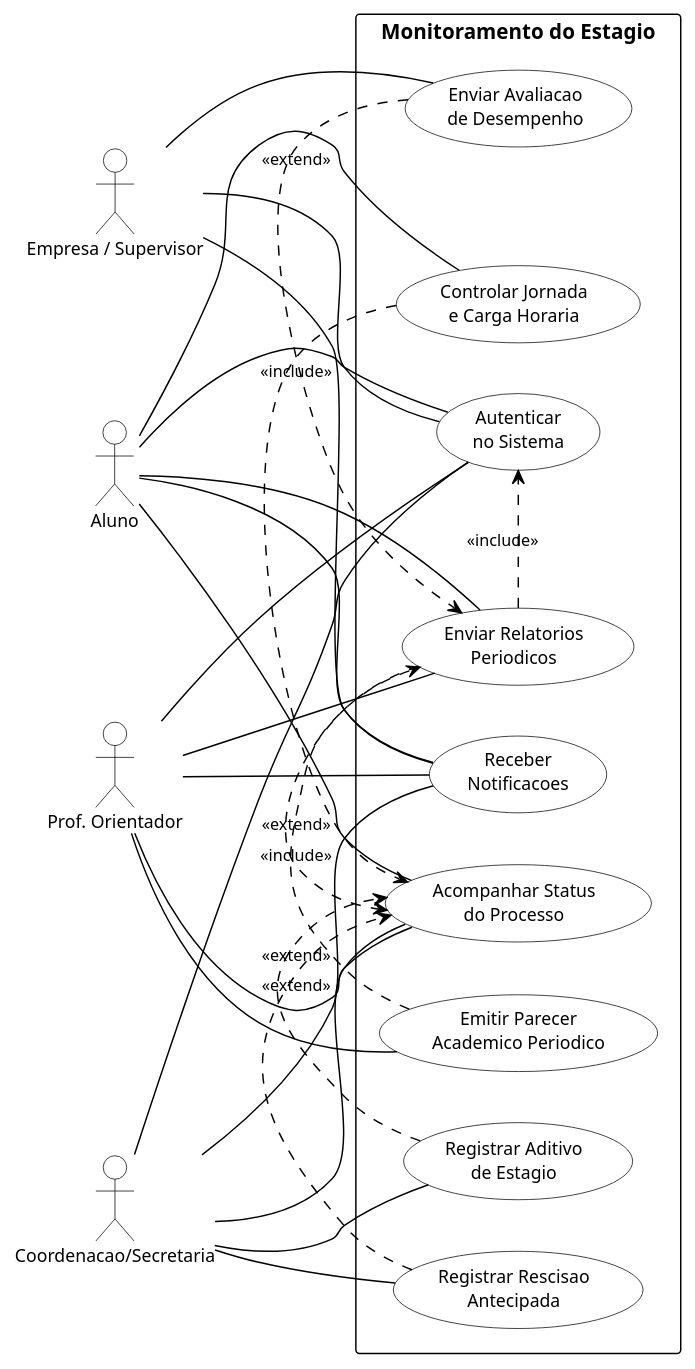
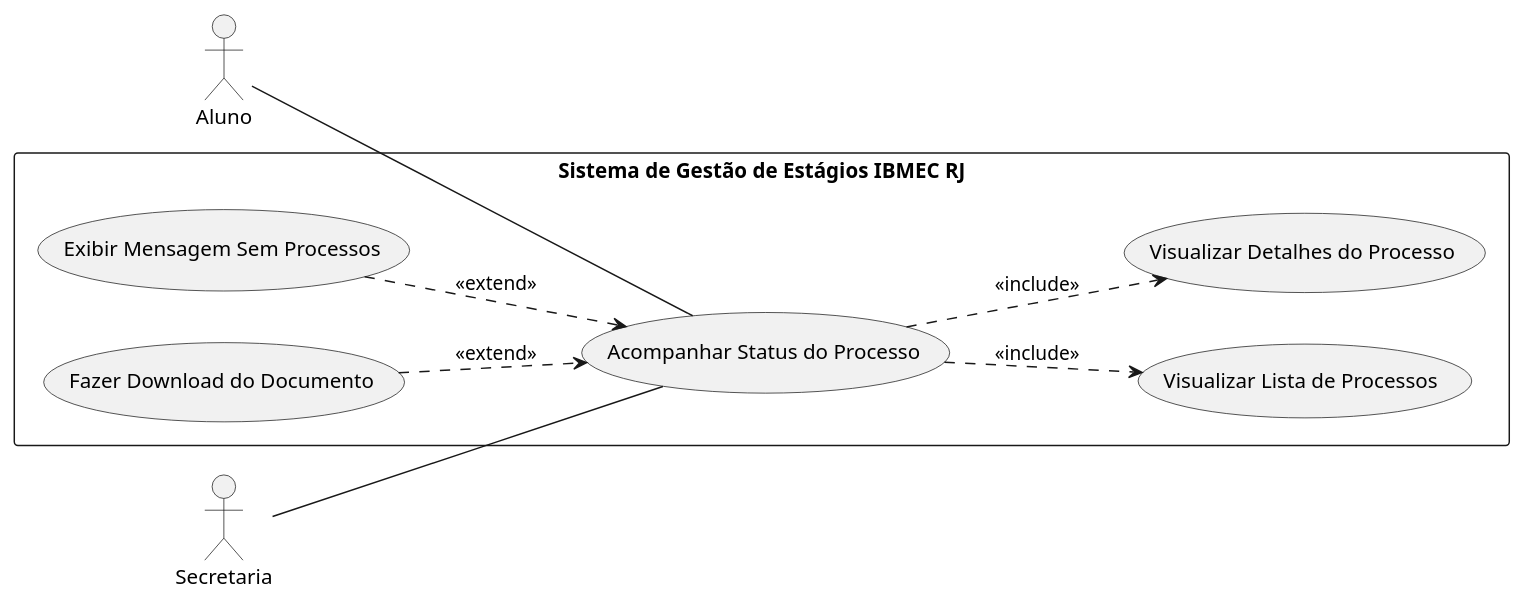
Before and after one commit to Projetos-de-Extensao/PBE_26.1_8002_I: the seventh of 9 diagrams in docs/Elaboracao/casos_de_uso.md, drawn with PlantUML. The commit also changed other lines of this file, not shown here.

````diff
--- a/docs/Elaboracao/casos_de_uso.md
+++ b/docs/Elaboracao/casos_de_uso.md
@@ -357,81 +327,29 @@
 ```plantuml
-@startuml visao_4_monitoramento
-
+@startuml
 left to right direction
 
-skinparam DefaultFontName Arial
-skinparam DefaultFontSize 12
-skinparam shadowing false
-skinparam backgroundColor white
+actor Aluno
+actor Secretaria
 
-skinparam actor {
-  BackgroundColor white
-  BorderColor black
-  FontColor black
-}
-skinparam usecase {
-  BackgroundColor white
-  BorderColor black
-  FontColor black
-  FontSize 12
-}
-skinparam rectangle {
-  BackgroundColor white
-  BorderColor black
-  FontColor black
-  FontSize 14
-}
-skinparam ArrowColor black
-skinparam ArrowFontColor black
-skinparam ArrowFontSize 11
+rectangle "Sistema de Gestão de Estágios IBMEC RJ" {
 
-actor "Aluno"                  as ALU
-actor "Empresa / Supervisor"   as EMP
-actor "Prof. Orientador"       as ORI
-actor "Coordenacao/Secretaria" as COO
+  usecase "Acompanhar Status do Processo" as UC1
+  usecase "Visualizar Lista de Processos" as UC2
+  usecase "Visualizar Detalhes do Processo" as UC3
+  usecase "Exibir Mensagem Sem Processos" as UC4
+  usecase "Fazer Download do Documento" as UC5
 
-rectangle "Monitoramento do Estagio" {
-  usecase "Autenticar\nno Sistema"              as UC_AUTH
-  usecase "Acompanhar Status\ndo Processo"      as UC_STATUS
-  usecase "Controlar Jornada\ne Carga Horaria"  as UC_CH
-  usecase "Enviar Relatorios\nPeriodicos"       as UC_RELPER
-  usecase "Enviar Avaliacao\nde Desempenho"     as UC_AVAL
-  usecase "Emitir Parecer\nAcademico Periodico" as UC_PARPER
-  usecase "Receber\nNotificacoes"               as UC_NOTIF
-  usecase "Registrar Aditivo\nde Estagio"       as UC_ADIT
-  usecase "Registrar Rescisao\nAntecipada"      as UC_RESC
 }
 
-ALU -- UC_AUTH
-ALU -- UC_STATUS
-ALU -- UC_CH
-ALU -- UC_RELPER
-ALU -- UC_NOTIF
+Aluno -- UC1
+Secretaria -- UC1
 
-EMP -- UC_AUTH
-EMP -- UC_AVAL
-EMP -- UC_NOTIF
+UC1 ..> UC2 : <<include>>
+UC1 ..> UC3 : <<include>>
 
-ORI -- UC_AUTH
-ORI -- UC_STATUS
-ORI -- UC_PARPER
-ORI -- UC_RELPER
-ORI -- UC_NOTIF
-
-COO -- UC_AUTH
-COO -- UC_STATUS
-COO -- UC_ADIT
-COO -- UC_RESC
-COO -- UC_NOTIF
-
-UC_RELPER .> UC_AUTH   : <<include>>
-UC_RELPER .> UC_STATUS : <<include>>
-UC_CH     .> UC_STATUS : <<include>>
-
-UC_AVAL   .> UC_RELPER : <<extend>>
-UC_PARPER .> UC_RELPER : <<extend>>
-UC_ADIT   .> UC_STATUS : <<extend>>
-UC_RESC   .> UC_STATUS : <<extend>>
+UC4 ..> UC1 : <<extend>>
+UC5 ..> UC1 : <<extend>>
 
 @enduml
+
 ```
````
